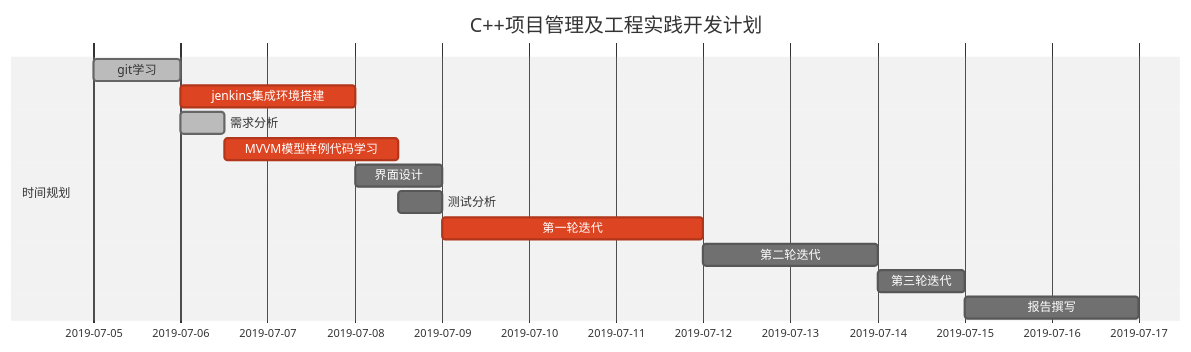
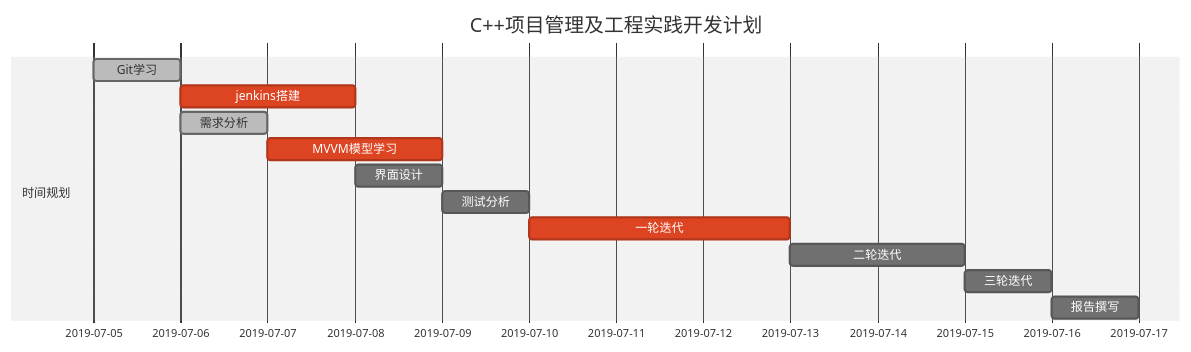
One commit to Yao-Shao/CurveFit changed the diagram in Doc/直观设点曲线拟合总报告.md. Above: the diagram before and after it, drawn with Mermaid (neutral theme). The commit also changed other lines of this file and 16 other files, not shown here.

````diff
--- a/Doc/直观设点曲线拟合总报告.md
+++ b/Doc/直观设点曲线拟合总报告.md
@@ -50,18 +50,18 @@
 ```mermaid
 										
         gantt
         dateFormat  YYYY-MM-DD
         title C++项目管理及工程实践开发计划
 
         section 时间规划
-        git学习:done, a0,2019-07-05,1d
-        jenkins集成环境搭建:crit,a1,after a0,2d
-        需求分析 :done,a2,2019-07-06,12h
-        MVVM模型样例代码学习:crit,a3,after a2,2d
+        Git学习:done, a0,2019-07-05,1d
+        jenkins搭建:crit,a1,after a0,2d
+        需求分析 :done,a2,2019-07-06,1d
+        MVVM模型学习:crit,a3,after a2,2d
         界面设计:a4,after a1,1d
-        测试分析:a5,after a3,12h
-        第一轮迭代:crit,a6,after a5,3d
-        第二轮迭代:a7,after a6,2d
-        第三轮迭代:a8,after a7,1d
-        报告撰写:a9,after a8,2d
+        测试分析:a5,after a3,1d
+        一轮迭代:crit,a6,after a5,3d
+        二轮迭代:a7,after a6,2d
+        三轮迭代:a8,after a7,1d
+        报告撰写:a9,after a8,1d
 ```
````
